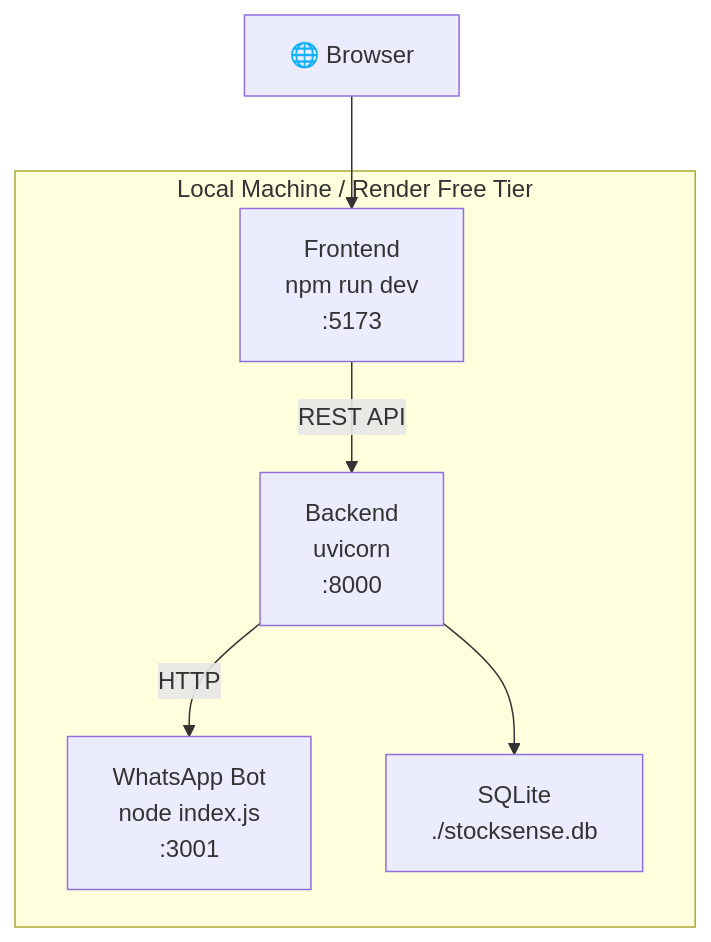
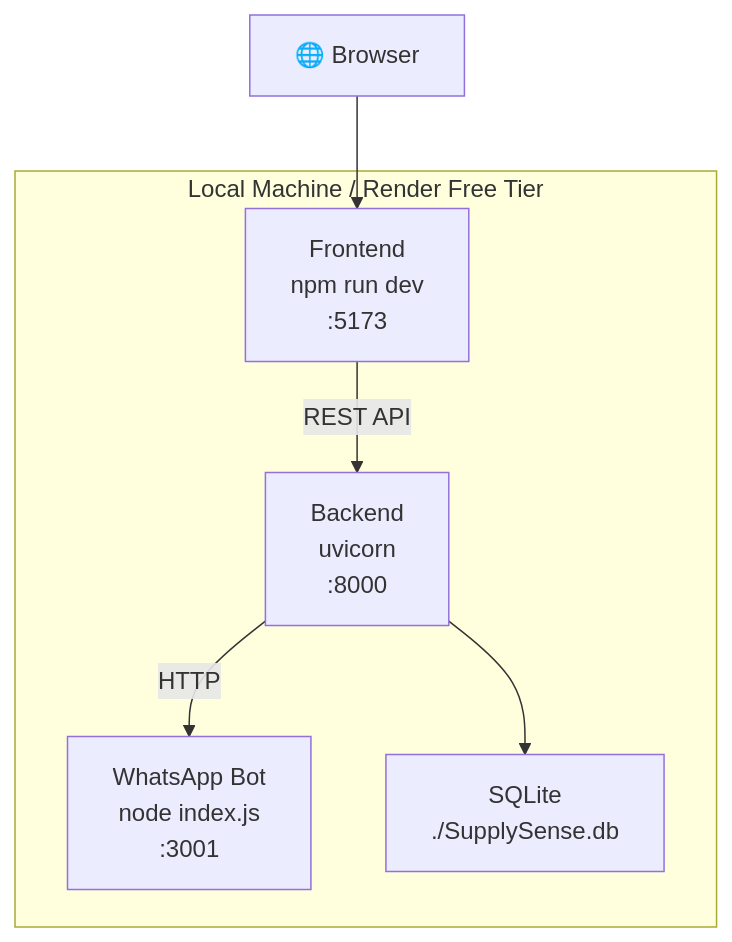
Diagram 11 of 13 in docs/HLD_mermaid.md (Arnav1709/natwest-cfp), drawn with Mermaid before and after one commit. The commit also changed other lines of this file and 51 other files, not shown here.

````diff
--- a/docs/HLD_mermaid.md
+++ b/docs/HLD_mermaid.md
@@ -523,14 +523,14 @@
 ```mermaid
 graph TB
     subgraph Machine["Local Machine / Render Free Tier"]
         FE_DEV["Frontend<br/>npm run dev<br/>:5173"]
         BE_DEV["Backend<br/>uvicorn<br/>:8000"]
         WA_DEV["WhatsApp Bot<br/>node index.js<br/>:3001"]
-        SQLITE["SQLite<br/>./stocksense.db"]
+        SQLITE["SQLite<br/>./SupplySense.db"]
     end
 
     BROWSER["🌐 Browser"] --> FE_DEV
     FE_DEV -->|"REST API"| BE_DEV
     BE_DEV --> SQLITE
     BE_DEV -->|"HTTP"| WA_DEV
 ```
````
